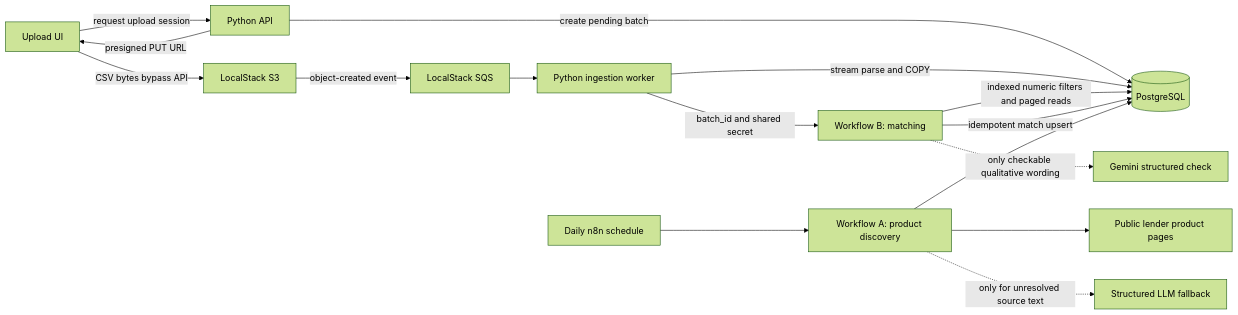
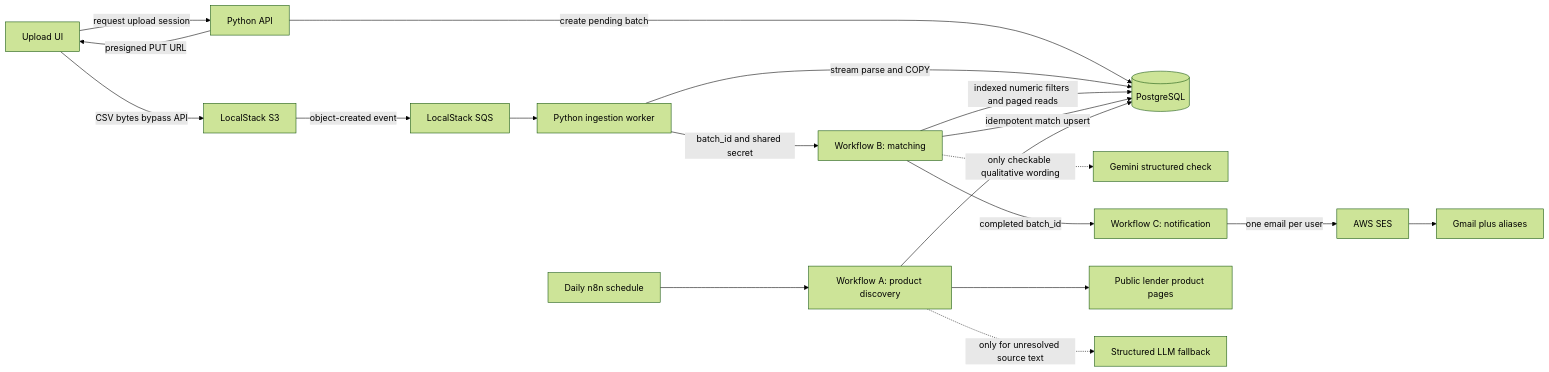
One commit to amriteshx1/loan-eligibility-engine changed the diagram in README.md. Above: the diagram before and after it, drawn with Mermaid (forest theme). The commit also changed other lines of this file, not shown here.

Commit message:
Document Workflow C notification wiring and SES alias behavior in the README.

````diff
--- a/README.md
+++ b/README.md
@@ -25,18 +26,21 @@
 ```mermaid
 flowchart LR
     Browser[Upload UI] -->|request upload session| Api[Python API]
     Api -->|create pending batch| Db[(PostgreSQL)]
     Api -->|presigned PUT URL| Browser
     Browser -->|CSV bytes bypass API| S3[LocalStack S3]
     S3 -->|object-created event| Queue[LocalStack SQS]
     Queue --> Worker[Python ingestion worker]
     Worker -->|stream parse and COPY| Db
     Worker -->|batch_id and shared secret| Match[Workflow B: matching]
     Match -->|indexed numeric filters and paged reads| Db
     Match -.->|only checkable qualitative wording| Gemini[Gemini structured check]
     Match -->|idempotent match upsert| Db
+    Match -->|completed batch_id| Notify[Workflow C: notification]
+    Notify -->|one email per user| Ses[AWS SES]
+    Ses --> Alias[Gmail plus aliases]
     Schedule[Daily n8n schedule] --> Discovery[Workflow A: product discovery]
     Discovery --> Lenders[Public lender product pages]
     Discovery -.->|only for unresolved source text| LLM[Structured LLM fallback]
     Discovery --> Db
 ```
````
